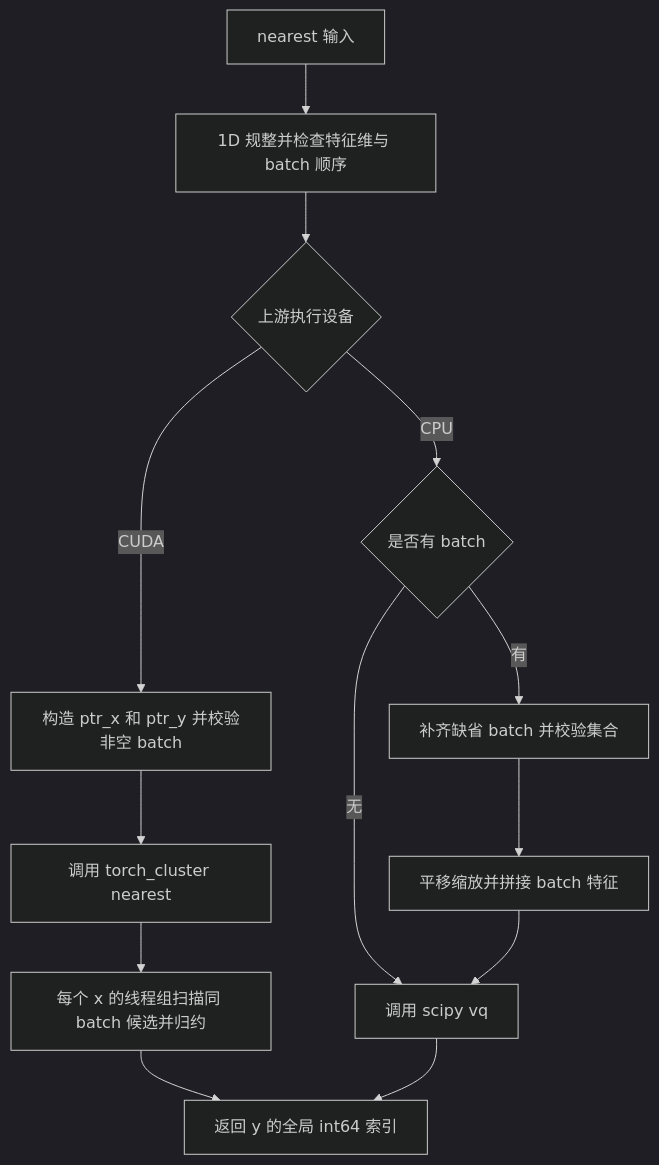
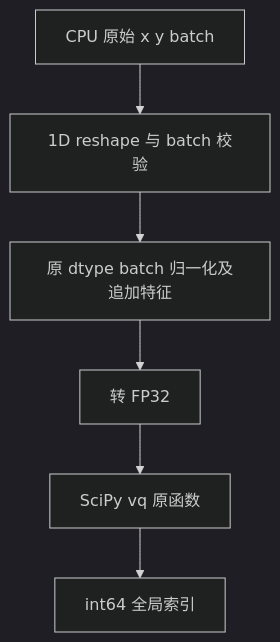
The first of 2 diagrams in 04_tasks/01_community-task-2026/tasklist/09-37-nearest-950/transient_coder/docs/design.md (hicann/cann-ops-competitions), drawn with Mermaid (dark theme) before and after one commit. The commit also changed other lines of this file, not shown here.

First paragraph of the commit message:
【CANN社区任务】nearest 950 设计 v0.5：c25 CPU口径与实测修订

````diff
--- a/04_tasks/01_community-task-2026/tasklist/09-37-nearest-950/transient_coder/docs/design.md
+++ b/04_tasks/01_community-task-2026/tasklist/09-37-nearest-950/transient_coder/docs/design.md
@@ -40,15 +41,8 @@
 ```mermaid
 flowchart TD
-    A[nearest 输入] --> B[1D 规整并检查特征维与 batch 顺序]
-    B --> C{上游执行设备}
-    C -->|CUDA| D[构造 ptr_x 和 ptr_y 并校验非空 batch]
-    D --> E[调用 torch_cluster nearest]
-    E --> F[每个 x 的线程组扫描同 batch 候选并归约]
-    F --> G[返回 y 的全局 int64 索引]
-    C -->|CPU| H{是否有 batch}
-    H -->|有| I[补齐缺省 batch 并校验集合]
-    I --> J[平移缩放并拼接 batch 特征]
-    H -->|无| K[调用 scipy vq]
-    J --> K
-    K --> G
+    A[CPU 原始 x y batch] --> B[1D reshape 与 batch 校验]
+    B --> C[原 dtype batch 归一化及追加特征]
+    C --> D[转 FP32]
+    D --> E[SciPy vq 原函数]
+    E --> F[int64 全局索引]
 ```
````
